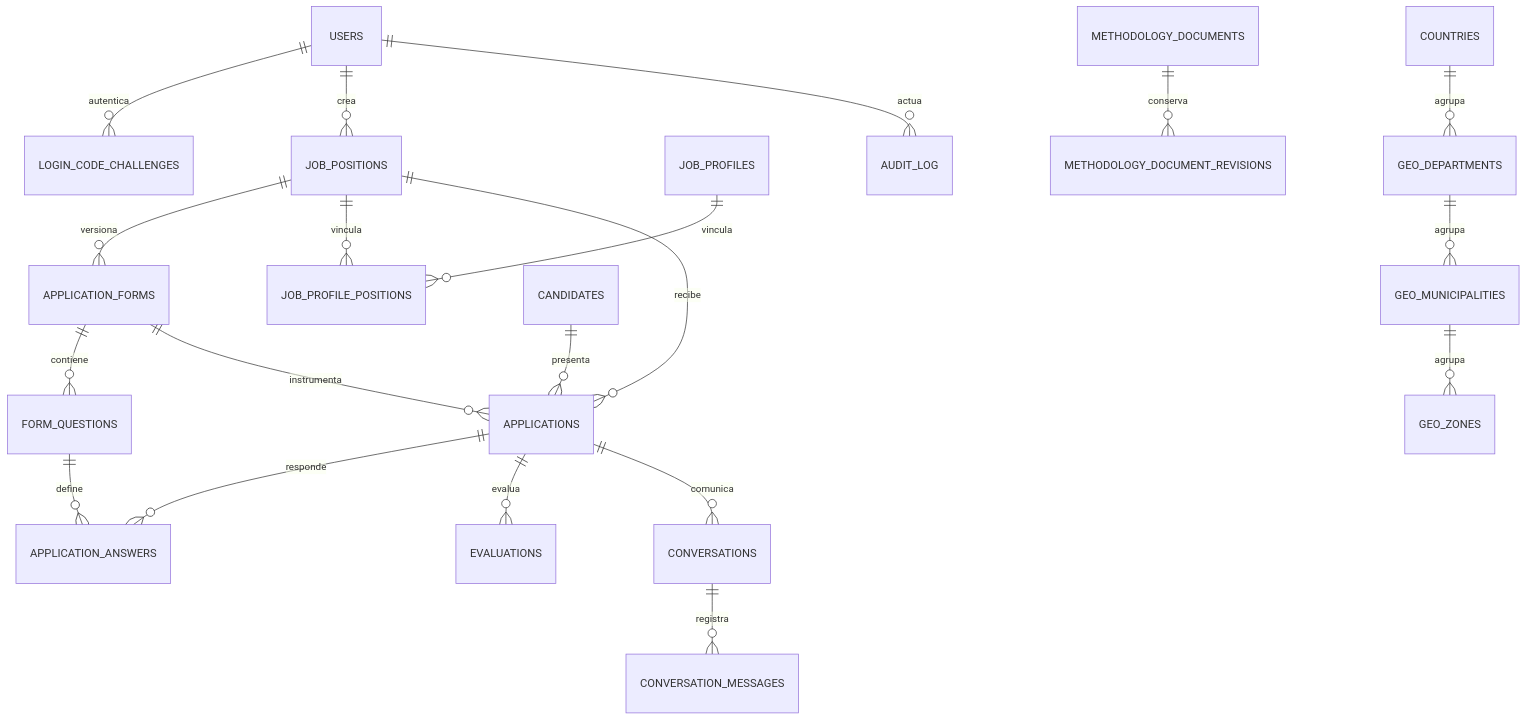
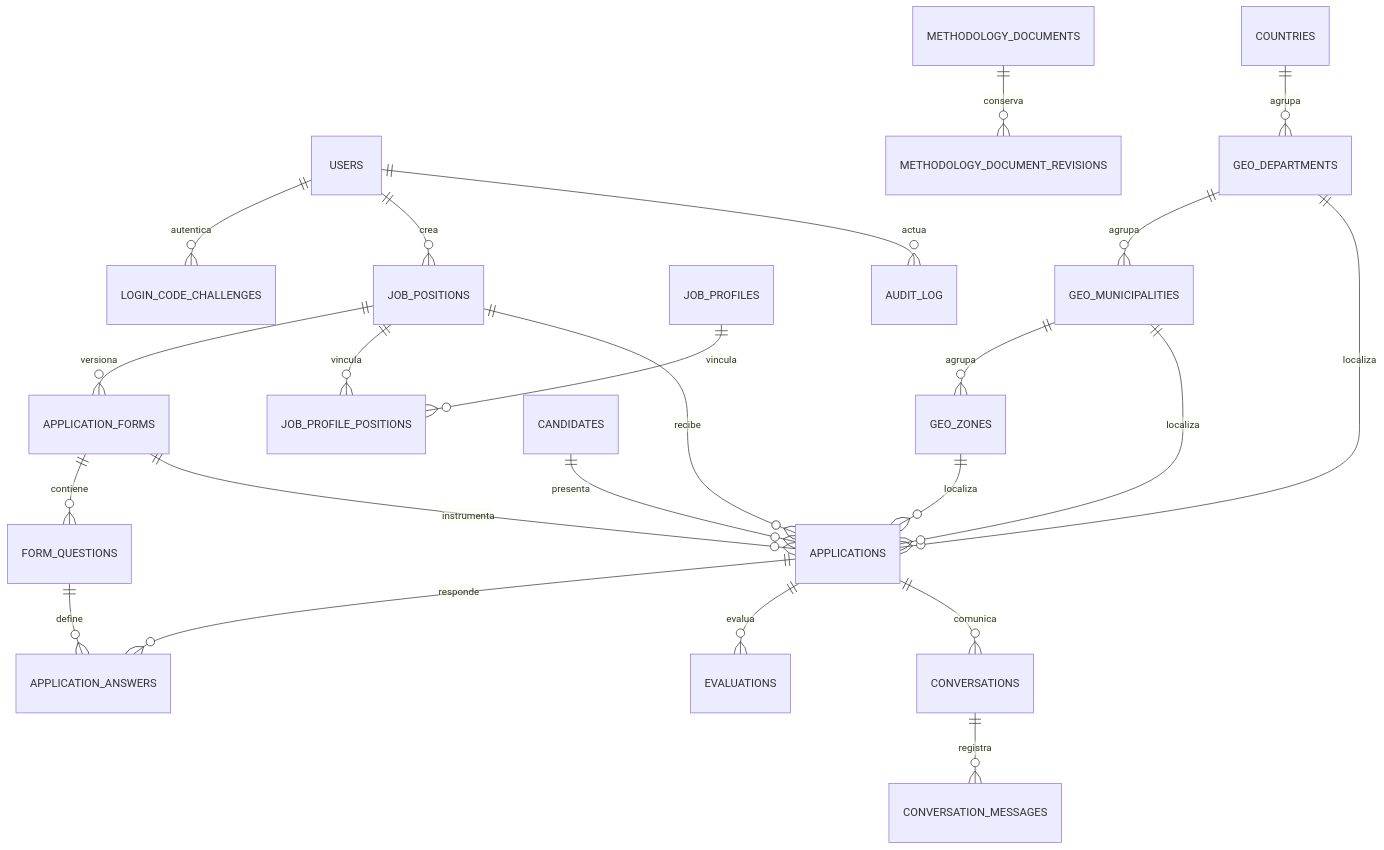
Before and after one commit to langgraph-aisa/reclutamiento-aisa-agent: the second of 2 diagrams in README.md, drawn with Mermaid. The commit also changed other lines of this file and 28 other files, not shown here.

````diff
--- a/README.md
+++ b/README.md
@@ -118,22 +128,25 @@
 ```mermaid
 erDiagram
     USERS ||--o{ LOGIN_CODE_CHALLENGES : autentica
     USERS ||--o{ JOB_POSITIONS : crea
     JOB_POSITIONS ||--o{ APPLICATION_FORMS : versiona
     APPLICATION_FORMS ||--o{ FORM_QUESTIONS : contiene
     JOB_PROFILES ||--o{ JOB_PROFILE_POSITIONS : vincula
     JOB_POSITIONS ||--o{ JOB_PROFILE_POSITIONS : vincula
     CANDIDATES ||--o{ APPLICATIONS : presenta
     JOB_POSITIONS ||--o{ APPLICATIONS : recibe
     APPLICATION_FORMS ||--o{ APPLICATIONS : instrumenta
     APPLICATIONS ||--o{ APPLICATION_ANSWERS : responde
     FORM_QUESTIONS ||--o{ APPLICATION_ANSWERS : define
     APPLICATIONS ||--o{ EVALUATIONS : evalua
     APPLICATIONS ||--o{ CONVERSATIONS : comunica
     CONVERSATIONS ||--o{ CONVERSATION_MESSAGES : registra
     USERS ||--o{ AUDIT_LOG : actua
     METHODOLOGY_DOCUMENTS ||--o{ METHODOLOGY_DOCUMENT_REVISIONS : conserva
     COUNTRIES ||--o{ GEO_DEPARTMENTS : agrupa
     GEO_DEPARTMENTS ||--o{ GEO_MUNICIPALITIES : agrupa
     GEO_MUNICIPALITIES ||--o{ GEO_ZONES : agrupa
+    GEO_DEPARTMENTS ||--o{ APPLICATIONS : localiza
+    GEO_MUNICIPALITIES ||--o{ APPLICATIONS : localiza
+    GEO_ZONES ||--o{ APPLICATIONS : localiza
 ```
````
